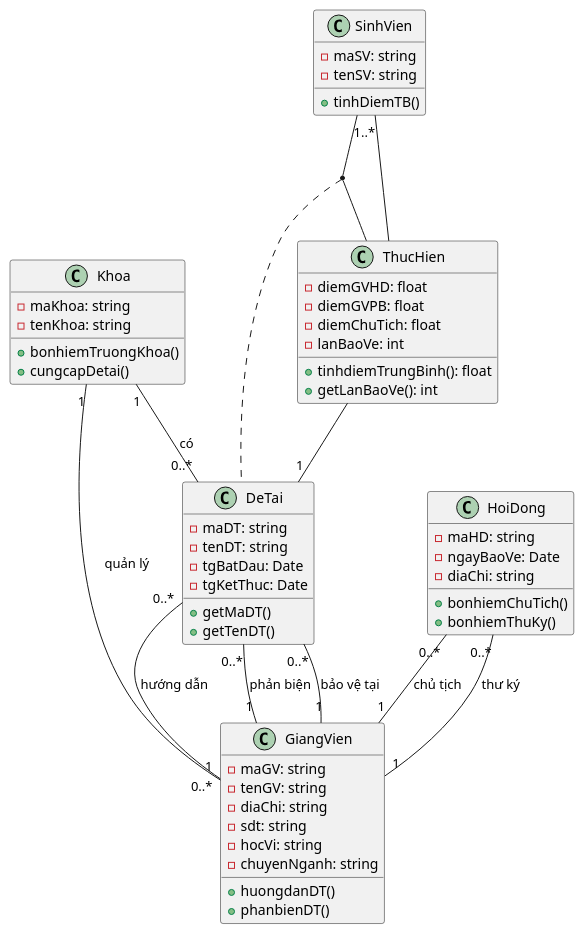
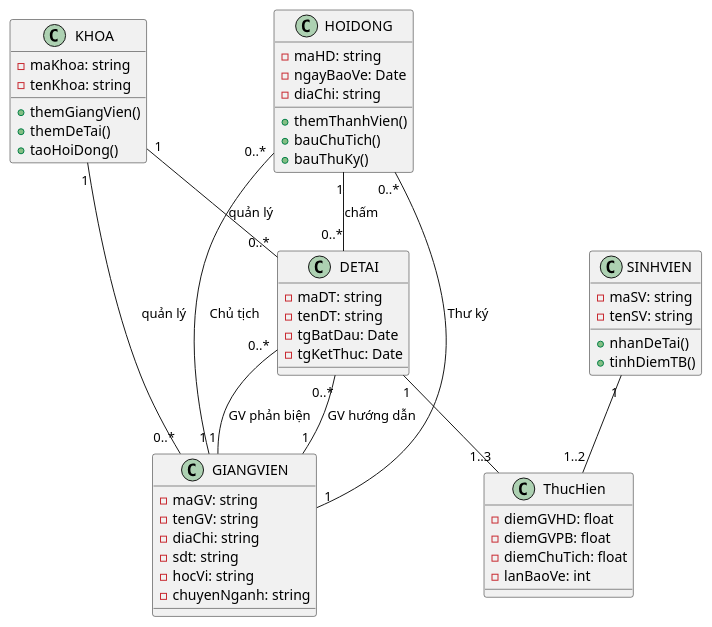
The diagram in uit/courses/IE103/exercises/BTQT2/assets/BTQT2_bai1-CD.puml (leanhvu21042001/LT.K2025.2-CNTT), drawn with PlantUML before and after one commit.

```diff
--- a/uit/courses/IE103/exercises/BTQT2/assets/BTQT2_bai1-CD.puml
+++ b/uit/courses/IE103/exercises/BTQT2/assets/BTQT2_bai1-CD.puml
@@ -1,81 +1,76 @@
 @startuml "Bai 1. Class Diagram"
 
 'skinparam classAttributeIconSize 0
 skinparam backgroundcolor transparent
 skinparam defaultFontName "Iosevka"
 !pragma layout neato
 
-class Khoa {
+class KHOA {
   - maKhoa: string
   - tenKhoa: string
-  + bonhiemTruongKhoa()
-  + cungcapDetai()
+  + themGiangVien()
+  + themDeTai()
+  + taoHoiDong()
 }
 
-class GiangVien {
+class GIANGVIEN {
   - maGV: string
   - tenGV: string
   - diaChi: string
   - sdt: string
   - hocVi: string
   - chuyenNganh: string
-  + huongdanDT()
-  + phanbienDT()
 }
 
-class HoiDong {
+class HOIDONG {
   - maHD: string
   - ngayBaoVe: Date
   - diaChi: string
-  + bonhiemChuTich()
-  + bonhiemThuKy()
+  + themThanhVien()
+  + bauChuTich()
+  + bauThuKy()
 }
 
-class DeTai {
+class DETAI {
   - maDT: string
   - tenDT: string
   - tgBatDau: Date
   - tgKetThuc: Date
-  + getMaDT()
-  + getTenDT()
 }
 
-class SinhVien {
+class SINHVIEN {
   - maSV: string
   - tenSV: string
+  + nhanDeTai()
   + tinhDiemTB()
 }
 
-' Association Class cho quan he n-n
-' De luu diem cua tung SV cho tung DeTai
+' --- Association Class (cho quan he m-n THUCHIEN) ---
+' Day la noi luu tru diem va lan bao ve
 class ThucHien {
   - diemGVHD: float
   - diemGVPB: float
   - diemChuTich: float
   - lanBaoVe: int
-  + tinhdiemTrungBinh(): float
-  + getLanBaoVe(): int
 }
 
-' --- Associations ---
-Khoa "1" -- "0..*" DeTai : "có"
-Khoa "1" -- "0..*" GiangVien : "quản lý"
+' --- Associations (Cac moi quan he) ---
 
-' Quan he n-n giua SinhVien va DeTai
-(SinhVien, ThucHien) .. DeTai
-SinhVien "1..*" -- ThucHien
-ThucHien -- "1" DeTai
-' Ghi chu: 1 SV thuc hien 1 DeTai,
-' nhung co the thuc hien DeTai khac neu rot.
-' 1 DeTai co 1-3 SV.
-' SinhVien "1" -- "1..3" DeTai : "Thực hiện (1..3)"
-' -> Cach dung Association Class tot hon
+KHOA "1" -- "0..*" DETAI : "quản lý"
+KHOA "1" -- "0..*" GIANGVIEN : "quản lý"
 
-DeTai "0..*" -- "1" GiangVien : "hướng dẫn"
-DeTai "0..*" -- "1" GiangVien : "phản biện"
-DeTai "0..*" -- "1" GiangVien : "bảo vệ tại"
+' Cac vai tro (roles) cua GIANGVIEN
+DETAI "0..*" -- "1" GIANGVIEN : "GV hướng dẫn"
+DETAI "0..*" -- "1" GIANGVIEN : "GV phản biện"
+HOIDONG "0..*" -- "1" GIANGVIEN : "Chủ tịch"
+HOIDONG "0..*" -- "1" GIANGVIEN : "Thư ký"
 
-HoiDong "0..*" -- "1" GiangVien : "chủ tịch"
-HoiDong "0..*" -- "1" GiangVien : "thư ký"
+HOIDONG "1" -- "0..*" DETAI : "chấm"
+
+' --- Quan he m-n giua SINHVIEN va DETAI ---
+' Mot SINHVIEN co 1 toi 2 lan ThucHien
+' Mot DETAI co 1 toi 3 SinhVien (thong qua ThucHien)
+SINHVIEN "1" -- "1..2" ThucHien
+DETAI "1" -- "1..3" ThucHien
 
 @enduml
```
